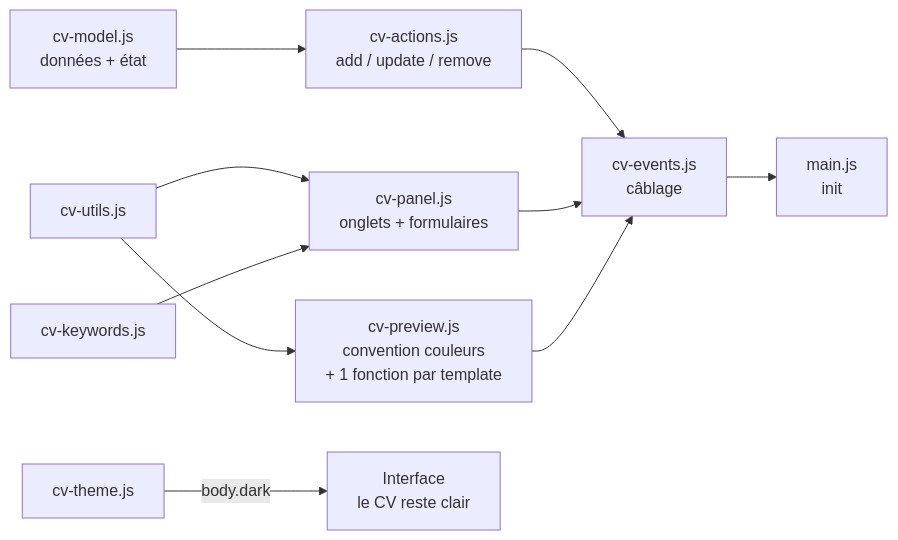
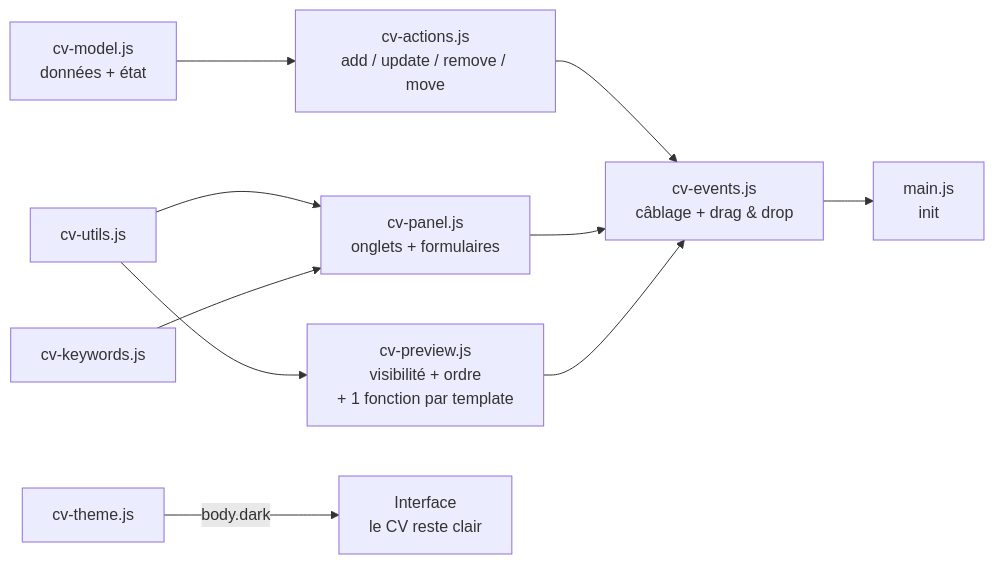
The diagram in README.md (LepetitPortfolio/CV-Editor), drawn with Mermaid before and after one commit. The commit also changed other lines of this file, not shown here.

````diff
--- a/README.md
+++ b/README.md
@@ -87,12 +93,12 @@
 ```mermaid
 flowchart LR
-    M[cv-model.js<br/>données + état] --> A[cv-actions.js<br/>add / update / remove]
+    M[cv-model.js<br/>données + état] --> A[cv-actions.js<br/>add / update / remove / move]
     U[cv-utils.js] --> P[cv-panel.js<br/>onglets + formulaires]
-    U --> V[cv-preview.js<br/>convention couleurs<br/>+ 1 fonction par template]
+    U --> V[cv-preview.js<br/>visibilité + ordre<br/>+ 1 fonction par template]
     K[cv-keywords.js] --> P
-    A --> E[cv-events.js<br/>câblage]
+    A --> E[cv-events.js<br/>câblage + drag & drop]
     P --> E
     V --> E
     E --> I[main.js<br/>init]
     G[cv-theme.js] -->|body.dark| H[Interface<br/>le CV reste clair]
 ```
````
